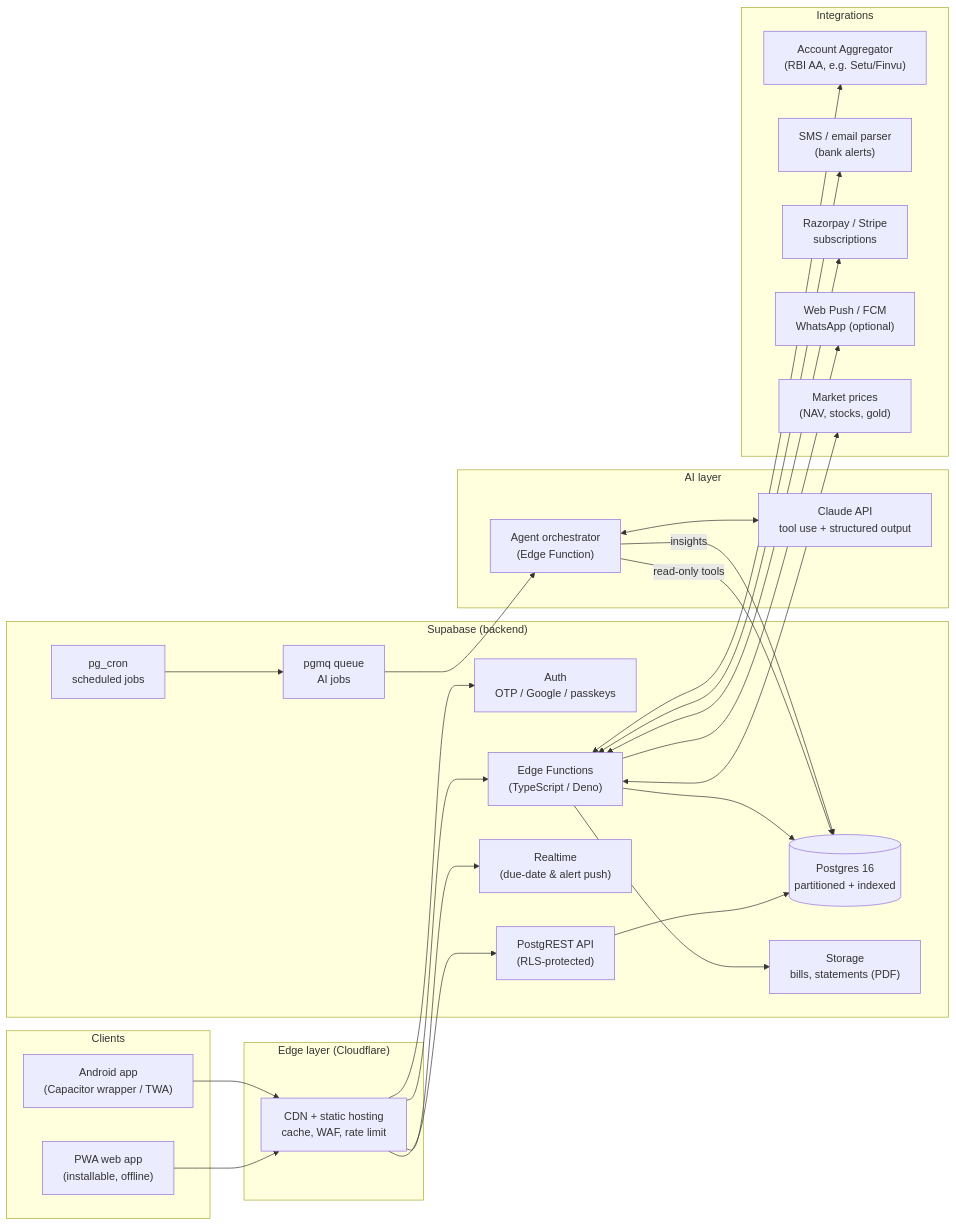
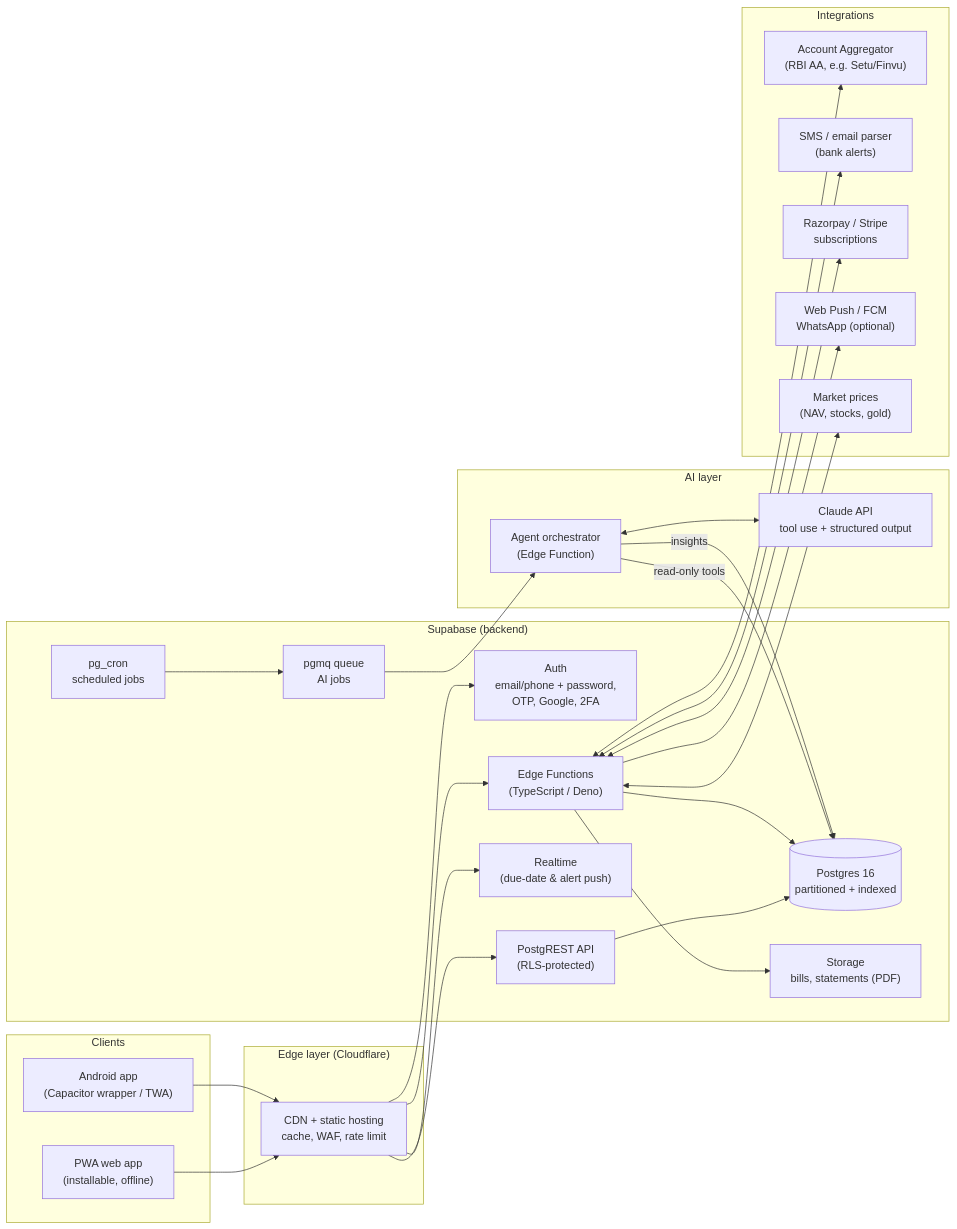
The first of 3 diagrams in docs/finance-assistant/ARCHITECTURE.md (nsdichococravings/m-chococravings), drawn with Mermaid before and after one commit. The commit also changed other lines of this file and 1 other file, not shown here.

First line of the commit message:
Add password login design to WealthPilot

````diff
--- a/docs/finance-assistant/ARCHITECTURE.md
+++ b/docs/finance-assistant/ARCHITECTURE.md
@@ -40,46 +40,46 @@
 ```mermaid
 flowchart LR
   subgraph Client["Clients"]
     PWA["PWA web app<br/>(installable, offline)"]
     AND["Android app<br/>(Capacitor wrapper / TWA)"]
   end
 
   subgraph Edge["Edge layer (Cloudflare)"]
     CDN["CDN + static hosting<br/>cache, WAF, rate limit"]
   end
 
   subgraph Supa["Supabase (backend)"]
-    AUTH["Auth<br/>OTP / Google / passkeys"]
+    AUTH["Auth<br/>email/phone + password,<br/>OTP, Google, 2FA"]
     REST["PostgREST API<br/>(RLS-protected)"]
     RT["Realtime<br/>(due-date & alert push)"]
     FN["Edge Functions<br/>(TypeScript / Deno)"]
     DB[("Postgres 16<br/>partitioned + indexed")]
     CRON["pg_cron<br/>scheduled jobs"]
     Q["pgmq queue<br/>AI jobs"]
     ST["Storage<br/>bills, statements (PDF)"]
   end
 
   subgraph AI["AI layer"]
     ORCH["Agent orchestrator<br/>(Edge Function)"]
     CLAUDE["Claude API<br/>tool use + structured output"]
   end
 
   subgraph Ext["Integrations"]
     AA["Account Aggregator<br/>(RBI AA, e.g. Setu/Finvu)"]
     SMS["SMS / email parser<br/>(bank alerts)"]
     PAY["Razorpay / Stripe<br/>subscriptions"]
     PUSH["Web Push / FCM<br/>WhatsApp (optional)"]
     MKT["Market prices<br/>(NAV, stocks, gold)"]
   end
 
   PWA & AND --> CDN --> REST & AUTH & RT & FN
   REST --> DB
   FN --> DB
   CRON --> Q --> ORCH
   ORCH <--> CLAUDE
   ORCH -->|"read-only tools"| DB
   ORCH -->|"insights"| DB
   FN <--> AA & SMS & PAY & MKT
   FN --> PUSH
   FN --> ST
 ```
````
